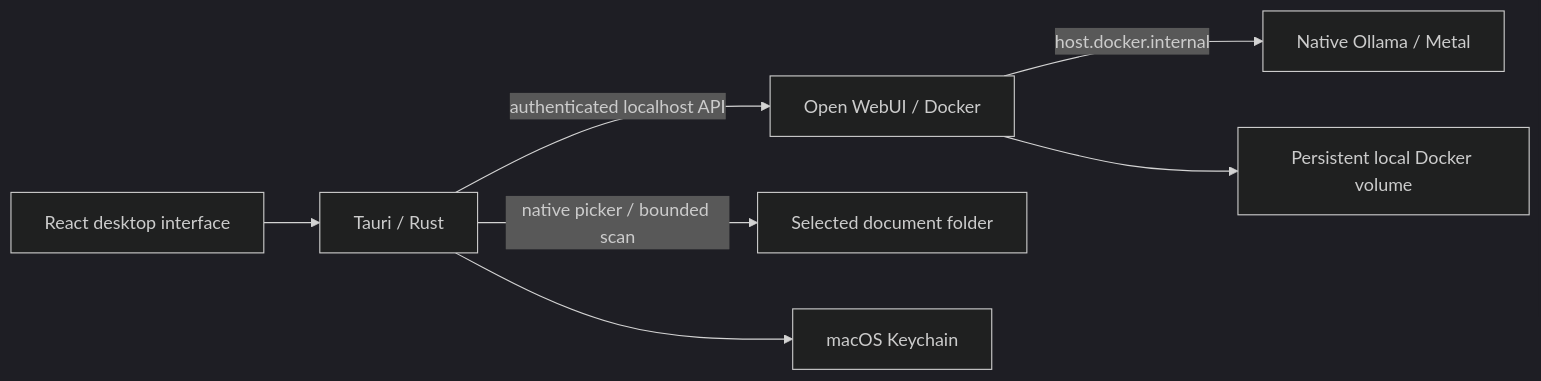
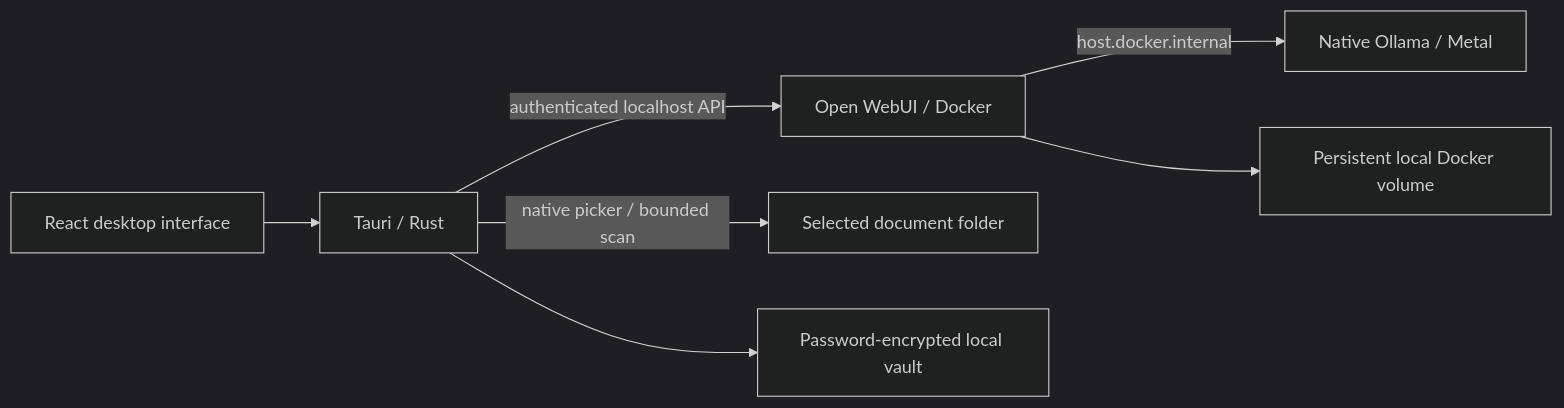
One commit to JxmesMaherry/HERMES-LLM changed the diagram in docs/USER-GUIDE.md. Above: the diagram before and after it, drawn with Mermaid (dark theme). The commit also changed other lines of this file and 46 other files, not shown here.

Commit message:
fix(auth): replace Keychain with encrypted app password and recovery

````diff
--- a/docs/USER-GUIDE.md
+++ b/docs/USER-GUIDE.md
@@ -29,9 +29,9 @@
 ```mermaid
 flowchart LR
   UI[React desktop interface] --> Rust[Tauri / Rust]
   Rust -->|authenticated localhost API| OW[Open WebUI / Docker]
   Rust -->|native picker / bounded scan| Docs[Selected document folder]
-  Rust --> Keychain[macOS Keychain]
+  Rust --> Vault[Password-encrypted local vault]
   OW -->|host.docker.internal| Ollama[Native Ollama / Metal]
   OW --> Volume[Persistent local Docker volume]
 ```
````
